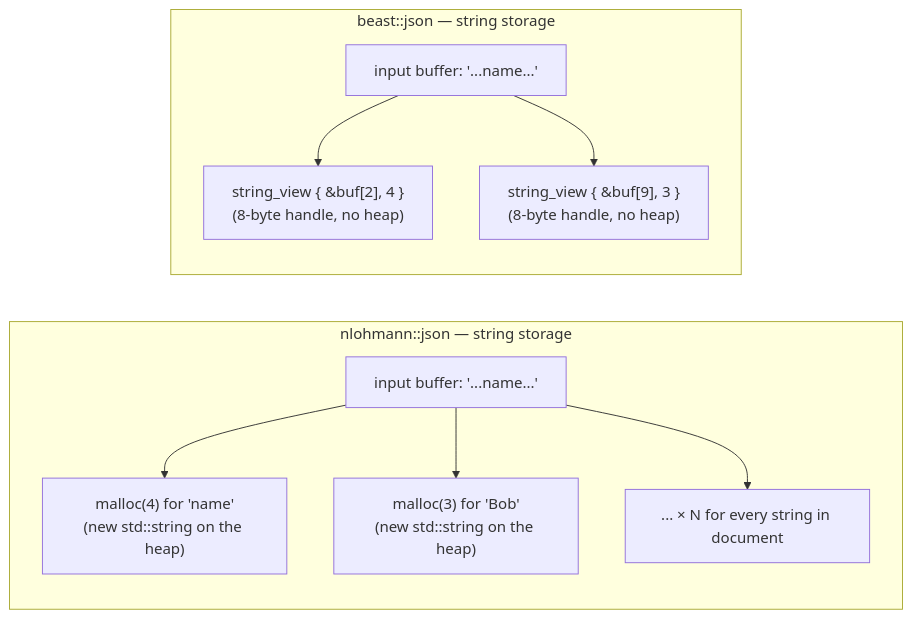
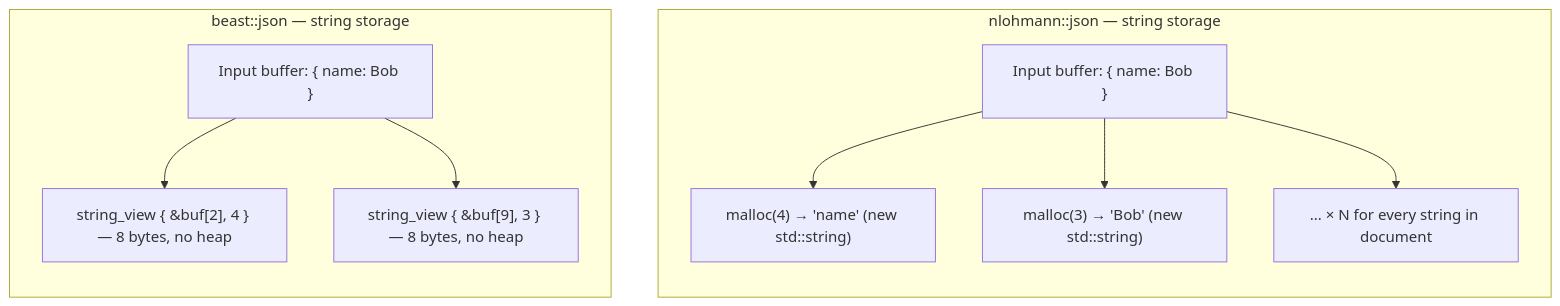
Before and after one commit to the-lkb/beast-json: the sixth of 7 diagrams in docs/theory/zero-allocation.md, drawn with Mermaid. The commit also changed other lines of this file and 4 other files, not shown here.

````diff
--- a/docs/theory/zero-allocation.md
+++ b/docs/theory/zero-allocation.md
@@ -161,19 +143,19 @@
 ```mermaid
-flowchart LR
+flowchart TB
     subgraph NLO["nlohmann::json — string storage"]
         direction TB
-        N1["input buffer: '...name...'"]
-        N2["malloc(4) for 'name'\n(new std::string on the heap)"]
-        N3["malloc(3) for 'Bob'\n(new std::string on the heap)"]
+        N1["Input buffer: { name: Bob }"]
+        N2["malloc(4) → 'name' (new std::string)"]
+        N3["malloc(3) → 'Bob' (new std::string)"]
         N4["... × N for every string in document"]
         N1 --> N2 & N3 & N4
     end
 
     subgraph BEAST["beast::json — string storage"]
         direction TB
-        B1["input buffer: '...name...'"]
-        B2["string_view { &buf[2], 4 }\n(8-byte handle, no heap)"]
-        B3["string_view { &buf[9], 3 }\n(8-byte handle, no heap)"]
+        B1["Input buffer: { name: Bob }"]
+        B2["string_view { &amp;buf[2], 4 } — 8 bytes, no heap"]
+        B3["string_view { &amp;buf[9], 3 } — 8 bytes, no heap"]
         B1 --> B2 & B3
     end
 ```
````
